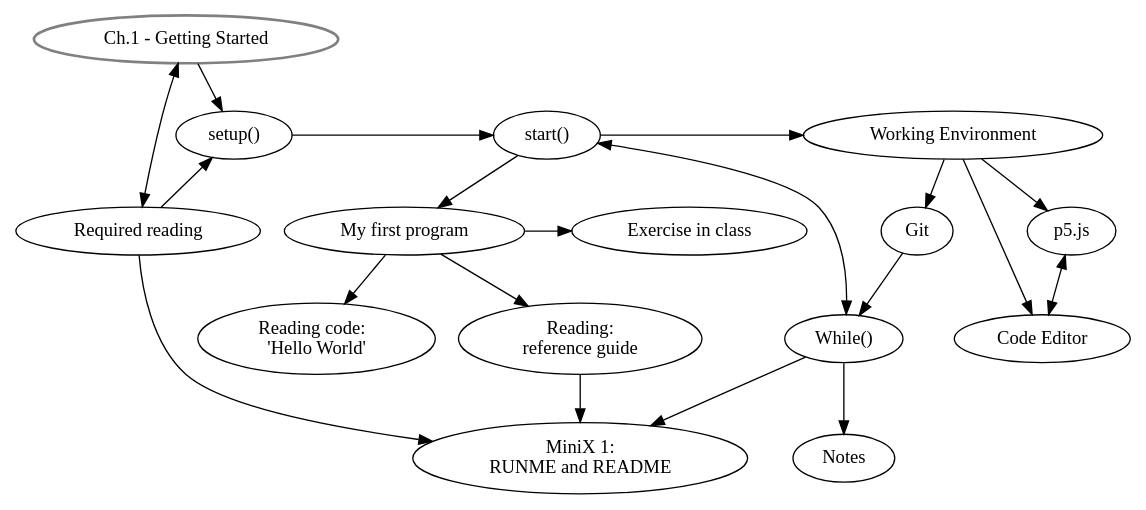
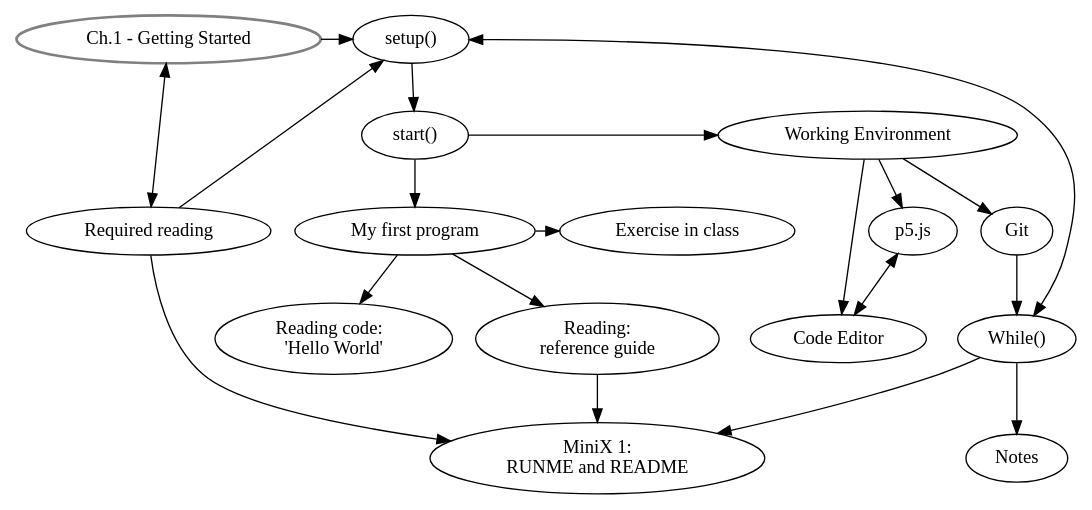
The diagram in graphviz/AP_ch1.dot (danbz/aesthetic-programming), drawn with Graphviz before and after one commit. The commit also changed 1 other file, not shown here.

Commit message:
update ch.1 flowchart

```diff
--- a/graphviz/AP_ch1.dot
+++ b/graphviz/AP_ch1.dot
@@ -1,48 +1,49 @@
 digraph G {
 //labels
 GS [
 label="Ch.1 - Getting Started",
 style=bold,
 color=grey,
 ]
 
 SU [label="setup()"]
 ST [label="start()"]
 WE [label="Working Environment"]
 p5 [label="p5.js"]
 CE [label="Code Editor"]
 MFP [label="My first program"]
 EiC [label="Exercise in class"]
 RC [label="Reading code:  \n'Hello World'"]
 RG [label="Reading: \nreference guide"]
 Git [label="Git"]
 MW [label="While()"]
 MX [label="MiniX 1: \nRUNME and README"]
 RR [label="Required reading"]
 Notes [label="Notes"]
 
-{rank = same; ST, SU}
-{rank = same; WE, SU}
+
+{rank = same; WE, ST}
+{rank = same; GS, SU}
 {rank = same; MFP, EiC}
 {rank = same; Git, EiC}
 {rank = same; MFP, RR}
 
 
 //graph
 GS -> SU -> ST;
 ST -> WE;
-GS -> RR[dir=both,minlen=2];
+GS -> RR[dir=both];
 WE -> p5;
 WE -> CE;
 WE -> Git;
 ST -> MFP;
-MFP -> EiC[minlen=2];
+MFP -> EiC;
 MFP -> RC;
 MFP -> RG;
-ST -> MW [dir=both];
+SU -> MW [dir=both];
 MW -> MX, Notes;
 RR -> MX, SU;
 Git -> MW;
 RG -> MX;
 p5 -> CE [dir=both];
 }
```
